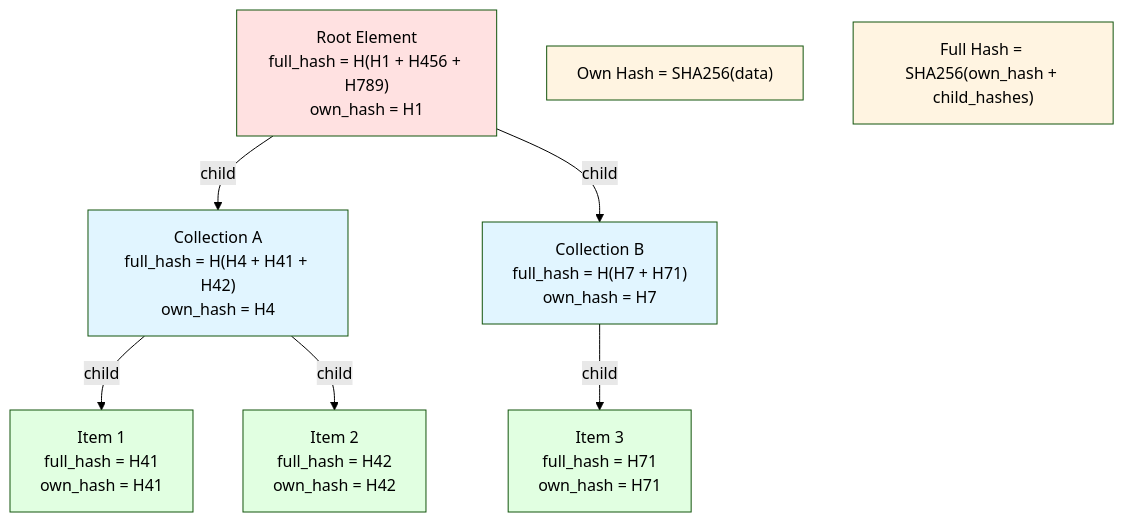
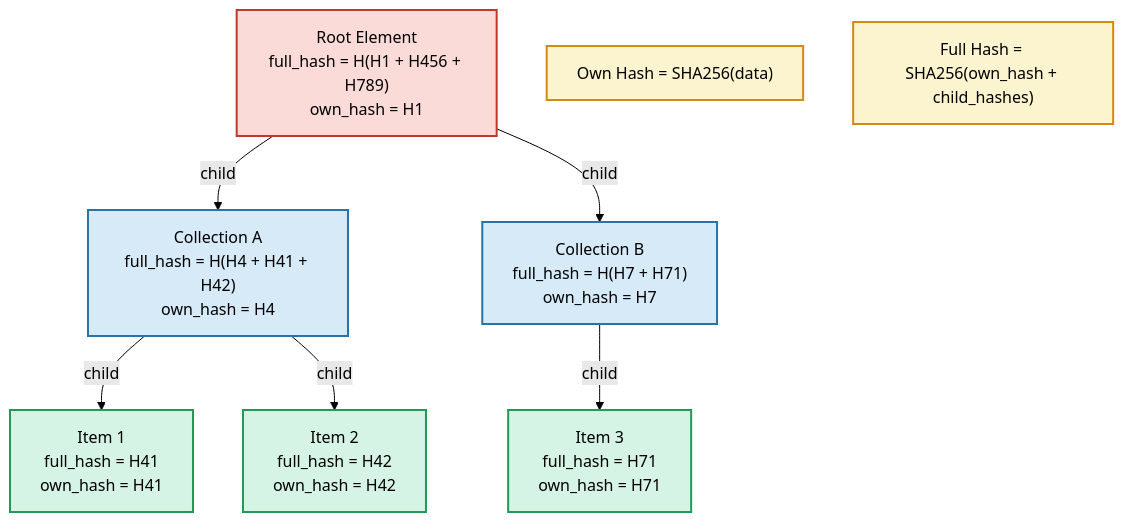
Before and after one commit to calimero-network/core: the third of 9 diagrams in crates/storage/README.md, drawn with Mermaid (forest theme). The commit also changed other lines of this file, not shown here.

First line of the commit message:
docs(storage): improve diagram color schemes for readability

````diff
--- a/crates/storage/README.md
+++ b/crates/storage/README.md
@@ -102,24 +109,24 @@
 ```mermaid
 graph TB
     Root["Root Element<br/>full_hash = H(H1 + H456 + H789)<br/>own_hash = H1"]
     
     Root -->|child| Coll1["Collection A<br/>full_hash = H(H4 + H41 + H42)<br/>own_hash = H4"]
     Root -->|child| Coll2["Collection B<br/>full_hash = H(H7 + H71)<br/>own_hash = H7"]
     
     Coll1 -->|child| Item1["Item 1<br/>full_hash = H41<br/>own_hash = H41"]
     Coll1 -->|child| Item2["Item 2<br/>full_hash = H42<br/>own_hash = H42"]
     
     Coll2 -->|child| Item3["Item 3<br/>full_hash = H71<br/>own_hash = H71"]
     
     Note1["Own Hash = SHA256(data)"]
     Note2["Full Hash = SHA256(own_hash + child_hashes)"]
     
-    style Root fill:#ffe1e1
-    style Coll1 fill:#e1f5ff
-    style Coll2 fill:#e1f5ff
-    style Item1 fill:#e1ffe1
-    style Item2 fill:#e1ffe1
-    style Item3 fill:#e1ffe1
-    style Note1 fill:#fff4e1
-    style Note2 fill:#fff4e1
+    style Root fill:#FADBD8,stroke:#C0392B,stroke-width:2px
+    style Coll1 fill:#D6EAF8,stroke:#2874A6,stroke-width:2px
+    style Coll2 fill:#D6EAF8,stroke:#2874A6,stroke-width:2px
+    style Item1 fill:#D5F4E6,stroke:#229954,stroke-width:2px
+    style Item2 fill:#D5F4E6,stroke:#229954,stroke-width:2px
+    style Item3 fill:#D5F4E6,stroke:#229954,stroke-width:2px
+    style Note1 fill:#FCF3CF,stroke:#D68910,stroke-width:2px
+    style Note2 fill:#FCF3CF,stroke:#D68910,stroke-width:2px
 ```
````
